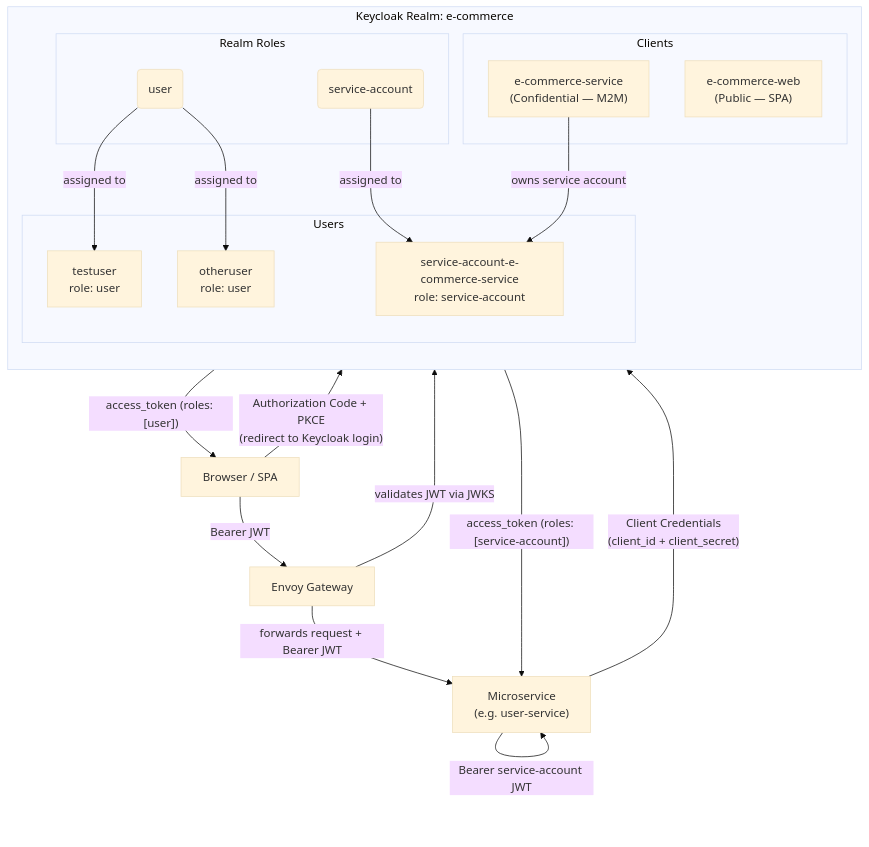
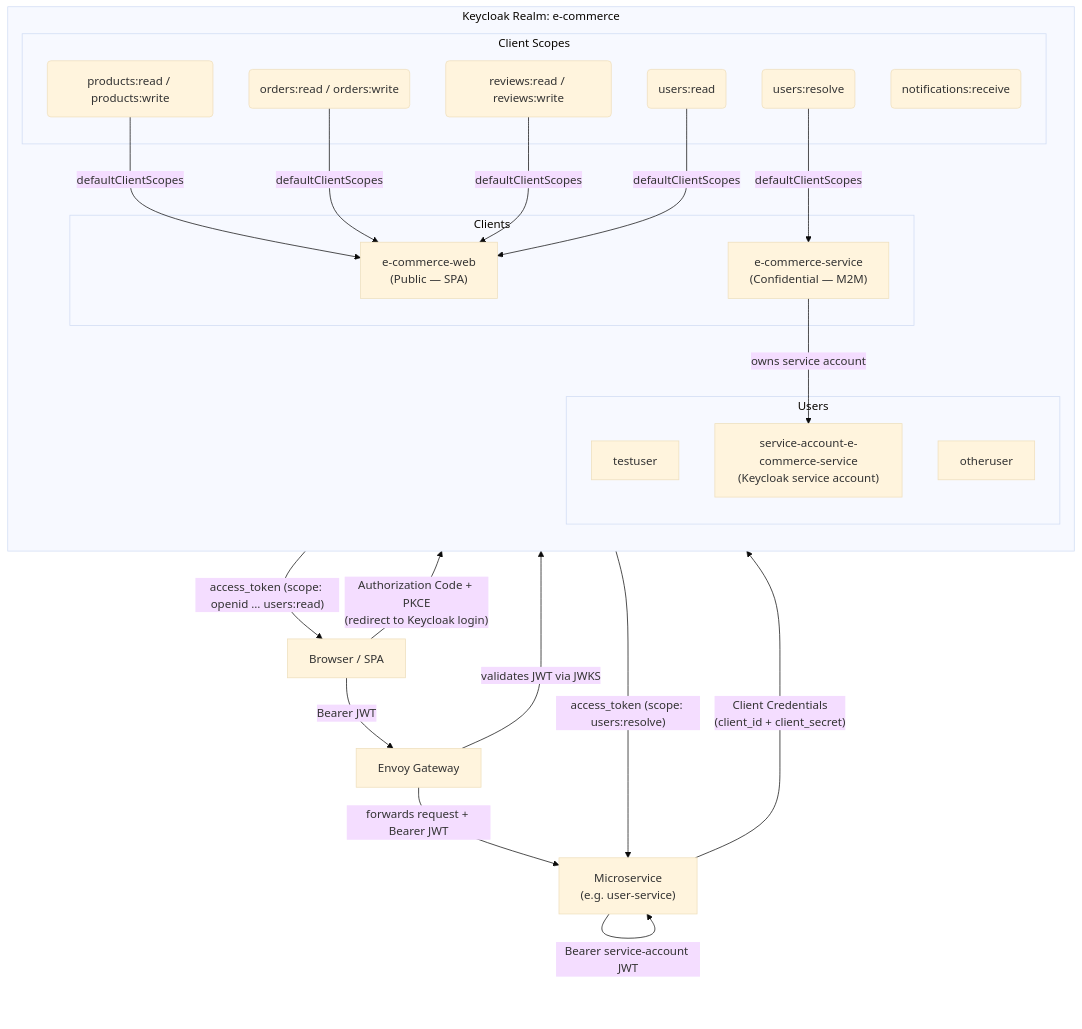
One commit to ricsanfre/spring-microservices-otel-k8s changed the first of 2 diagrams in design/keycloak-configuration.md. Above: the diagram before and after it, drawn with Mermaid (base theme). The commit also changed other lines of this file and 10 other files, not shown here.

````diff
--- a/design/keycloak-configuration.md
+++ b/design/keycloak-configuration.md
@@ -11,41 +11,47 @@
 ```mermaid
 flowchart TD
     subgraph REALM["Keycloak Realm: e-commerce"]
         direction TB
 
-        subgraph ROLES["Realm Roles"]
-            R1(user)
-            R2(service-account)
+        subgraph SCOPES["Client Scopes"]
+            S1("products:read / products:write")
+            S2("orders:read / orders:write")
+            S3("reviews:read / reviews:write")
+            S4("users:read")
+            S5("users:resolve")
+            S6("notifications:receive")
         end
 
         subgraph CLIENTS["Clients"]
             C1["e-commerce-web\n(Public — SPA)"]
             C2["e-commerce-service\n(Confidential — M2M)"]
         end
 
         subgraph USERS["Users"]
-            U1["testuser\nrole: user"]
-            U2["otheruser\nrole: user"]
-            U3["service-account-e-commerce-service\nrole: service-account"]
+            U1["testuser"]
+            U2["otheruser"]
+            U3["service-account-e-commerce-service\n(Keycloak service account)"]
         end
 
-        R1 -->|assigned to| U1
-        R1 -->|assigned to| U2
-        R2 -->|assigned to| U3
+        S1 -->|defaultClientScopes| C1
+        S2 -->|defaultClientScopes| C1
+        S3 -->|defaultClientScopes| C1
+        S4 -->|defaultClientScopes| C1
+        S5 -->|defaultClientScopes| C2
         C2 -->|owns service account| U3
     end
 
     Browser["Browser / SPA"]
     Service["Microservice\n(e.g. user-service)"]
     Gateway["Envoy Gateway"]
 
     Browser -->|"Authorization Code + PKCE\n(redirect to Keycloak login)"| C1
-    C1 -->|"access_token (roles: [user])"| Browser
+    C1 -->|"access_token (scope: openid … users:read)"| Browser
     Browser -->|"Bearer JWT"| Gateway
     Gateway -->|validates JWT via JWKS| REALM
     Gateway -->|forwards request + Bearer JWT| Service
 
     Service -->|"Client Credentials\n(client_id + client_secret)"| C2
-    C2 -->|"access_token (roles: [service-account])"| Service
+    C2 -->|"access_token (scope: users:resolve)"| Service
     Service -->|"Bearer service-account JWT"| Service
 ```
````
